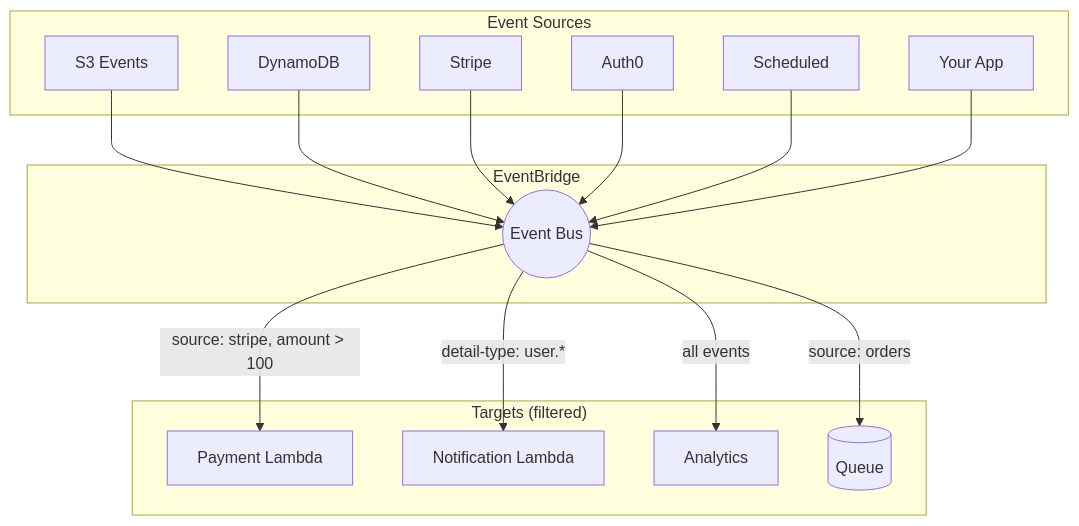
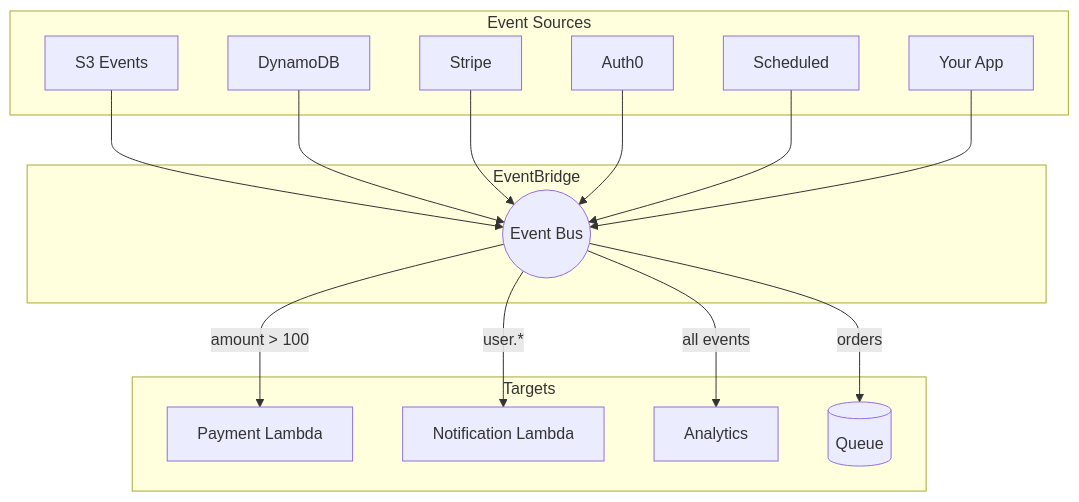
One commit to jonathanleahy/fullstack-monorepo changed the fifth of 7 diagrams in backend/data/courses/aws-certified-developer-associate/lessons/13-eventbridge/content.md. Above: the diagram before and after it, drawn with Mermaid. The commit also changed other lines of this file, not shown here.

First line of the commit message:
feat: enhance EventBridge lesson with floating diagram layouts

````diff
--- a/backend/data/courses/aws-certified-developer-associate/lessons/13-eventbridge/content.md
+++ b/backend/data/courses/aws-certified-developer-associate/lessons/13-eventbridge/content.md
@@ -249,34 +262,34 @@
 ```mermaid
 graph TB
     subgraph "Event Sources"
         S3[S3 Events]
         DDB[DynamoDB]
         Stripe[Stripe]
         Auth0[Auth0]
         Schedule[Scheduled]
         Custom[Your App]
     end
 
     subgraph "EventBridge"
         EB((Event Bus))
     end
 
-    subgraph "Targets (filtered)"
+    subgraph "Targets"
         L1[Payment Lambda]
         L2[Notification Lambda]
         L3[Analytics]
         SQS[(Queue)]
     end
 
     S3 --> EB
     DDB --> EB
     Stripe --> EB
     Auth0 --> EB
     Schedule --> EB
     Custom --> EB
 
-    EB -->|"source: stripe, amount > 100"| L1
-    EB -->|"detail-type: user.*"| L2
+    EB -->|"amount > 100"| L1
+    EB -->|"user.*"| L2
     EB -->|"all events"| L3
-    EB -->|"source: orders"| SQS
+    EB -->|"orders"| SQS
 ```
````
